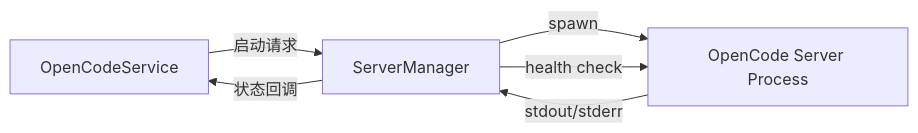
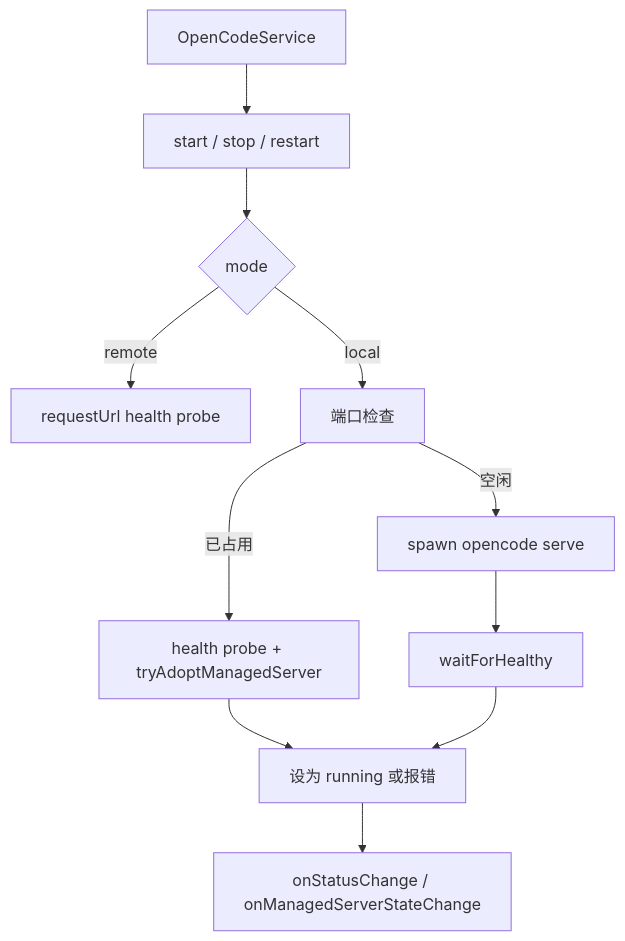
One commit to OCDcreator/opencodian changed the diagram in docs/modules/core/opencode/ServerManager.md. Above: the diagram before and after it, drawn with Mermaid. The commit also changed other lines of this file and 98 other files, not shown here.

````diff
--- a/docs/modules/core/opencode/ServerManager.md
+++ b/docs/modules/core/opencode/ServerManager.md
@@ -60,8 +167,13 @@
 ```mermaid
-graph LR
-    A[OpenCodeService] -->|启动请求| B[ServerManager]
-    B -->|spawn| C[OpenCode Server Process]
-    B -->|health check| C
-    C -->|stdout/stderr| B
-    B -->|状态回调| A
+graph TD
+    A[OpenCodeService] --> B[start / stop / restart]
+    B --> C{mode}
+    C -->|remote| D[requestUrl health probe]
+    C -->|local| E[端口检查]
+    E -->|空闲| F[spawn opencode serve]
+    E -->|已占用| G[health probe + tryAdoptManagedServer]
+    F --> H[waitForHealthy]
+    G --> I[设为 running 或报错]
+    H --> I
+    I --> J[onStatusChange / onManagedServerStateChange]
 ```
````
